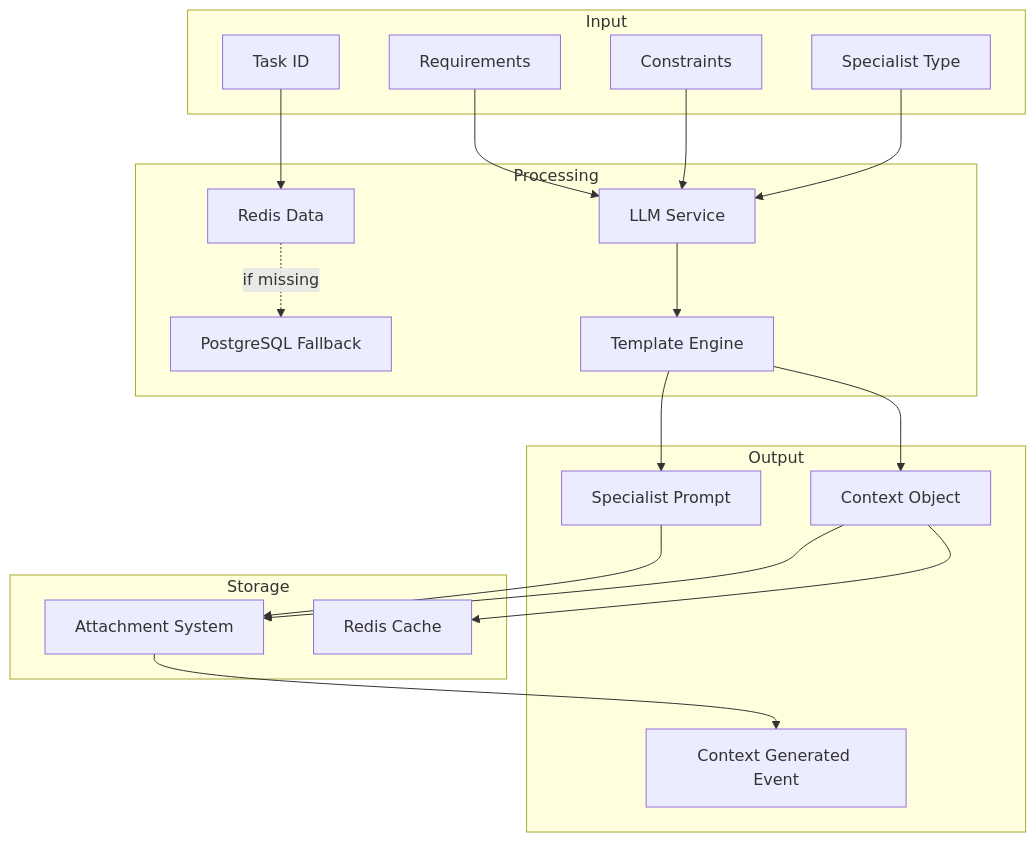
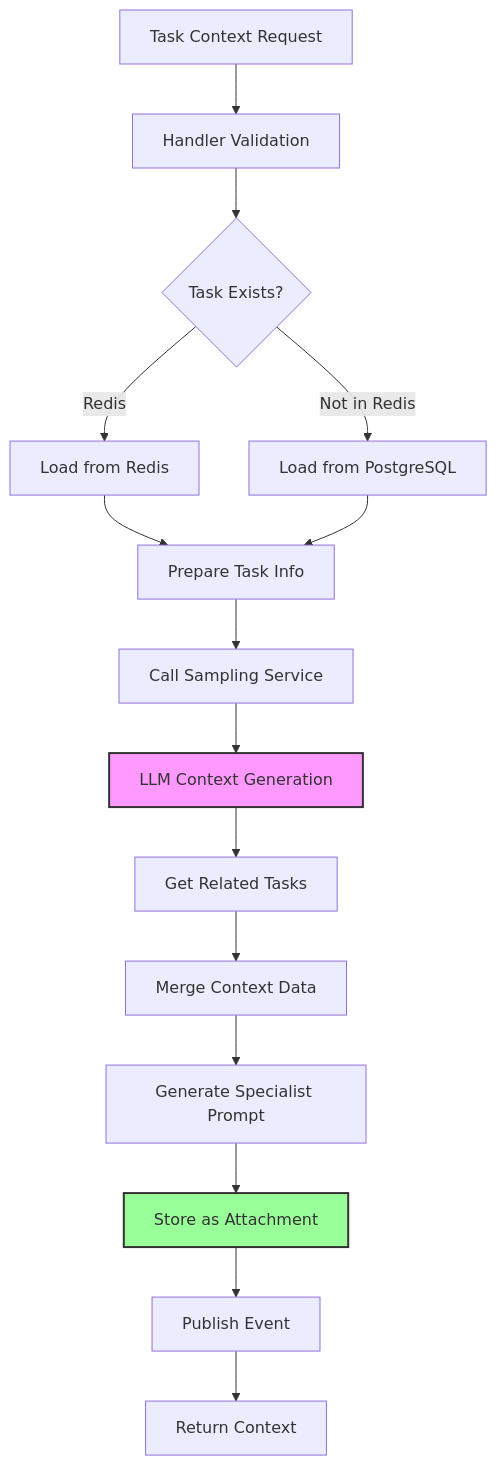
Before and after one commit to fblgit/claudebench: the first of 2 diagrams in docs/docs/architecture/task-context.md, drawn with Mermaid. The commit also changed other lines of this file, not shown here.

Commit message:
{   "tool": "Write",   "files": [     "docs/docs/architecture/task-context.md",     "docs/docs/architecture/task-context.md"   ],   "tasks": [],   "todos": [],   "sessionId": "b3f66532-0904-455e-a673-0f70a3c742a9",   "instanceId": "worker-1",   "timestamp": 1758445011714 }

````diff
--- a/docs/docs/architecture/task-context.md
+++ b/docs/docs/architecture/task-context.md
@@ -76,43 +53,25 @@
 ```mermaid
 graph TB
-    subgraph Input
-        TID[Task ID]
-        SPEC[Specialist Type]
-        CONS[Constraints]
-        REQ[Requirements]
-    end
+    A[Task Context Request] --> B[Handler Validation]
+    B --> C{Task Exists?}
+    C -->|Redis| D[Load from Redis]
+    C -->|Not in Redis| E[Load from PostgreSQL]
     
-    subgraph Processing
-        RD[Redis Data]
-        PG[PostgreSQL Fallback]
-        LLM[LLM Service]
-        TPL[Template Engine]
-    end
+    D --> F[Prepare Task Info]
+    E --> F
     
-    subgraph Storage
-        ATT[Attachment System]
-        CACHE[Redis Cache]
-    end
+    F --> G[Call Sampling Service]
+    G --> H[LLM Context Generation]
     
-    subgraph Output
-        CTX[Context Object]
-        PROMPT[Specialist Prompt]
-        EVENT[Context Generated Event]
-    end
+    H --> I[Get Related Tasks]
+    I --> J[Merge Context Data]
     
-    TID --> RD
-    RD -.->|if missing| PG
-    SPEC --> LLM
-    CONS --> LLM
-    REQ --> LLM
+    J --> K[Generate Specialist Prompt]
+    K --> L[Store as Attachment]
     
-    LLM --> TPL
-    TPL --> CTX
-    TPL --> PROMPT
+    L --> M[Publish Event]
+    M --> N[Return Context]
     
-    CTX --> ATT
-    PROMPT --> ATT
-    CTX --> CACHE
-    
-    ATT --> EVENT
+    style H fill:#f9f,stroke:#333,stroke-width:2px
+    style L fill:#9f9,stroke:#333,stroke-width:2px
 ```
````
